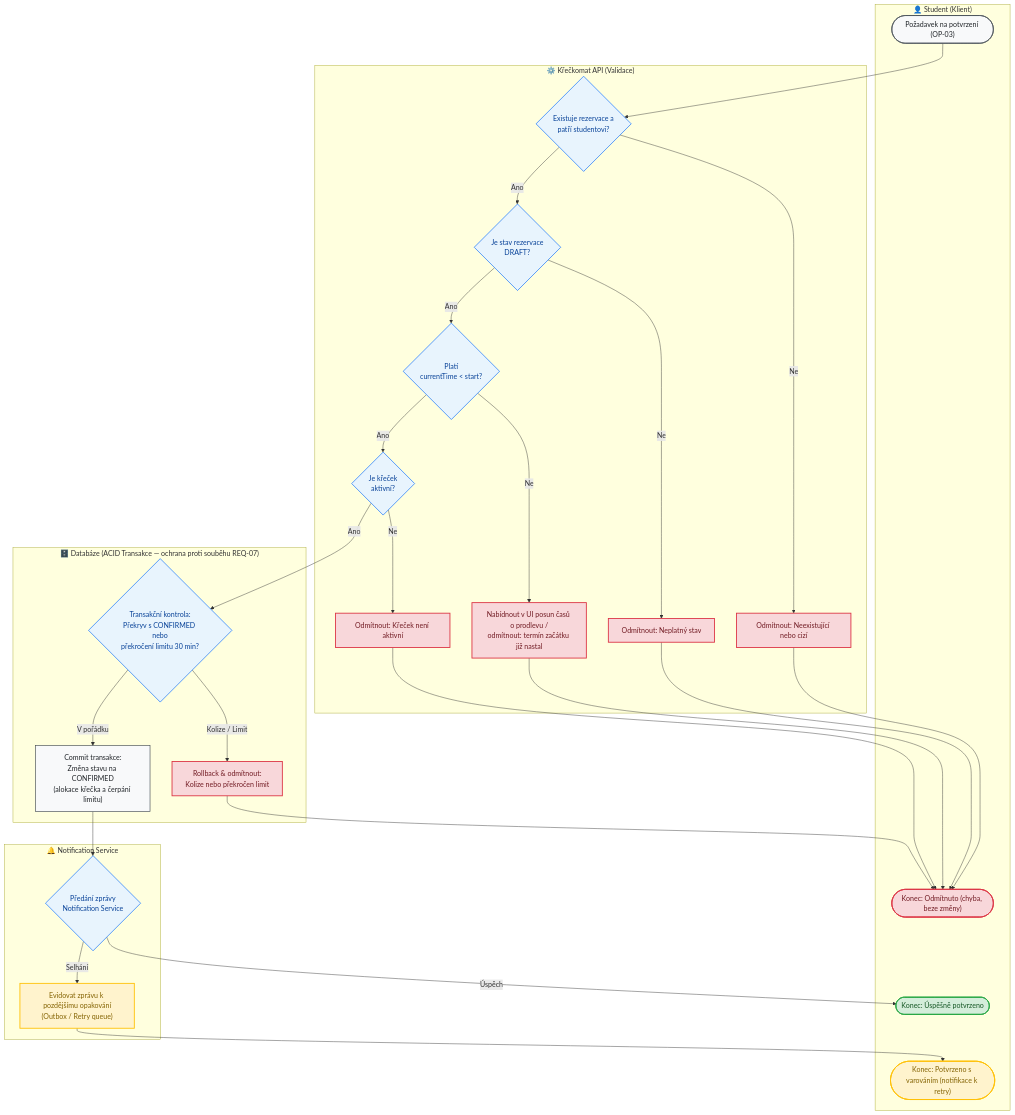
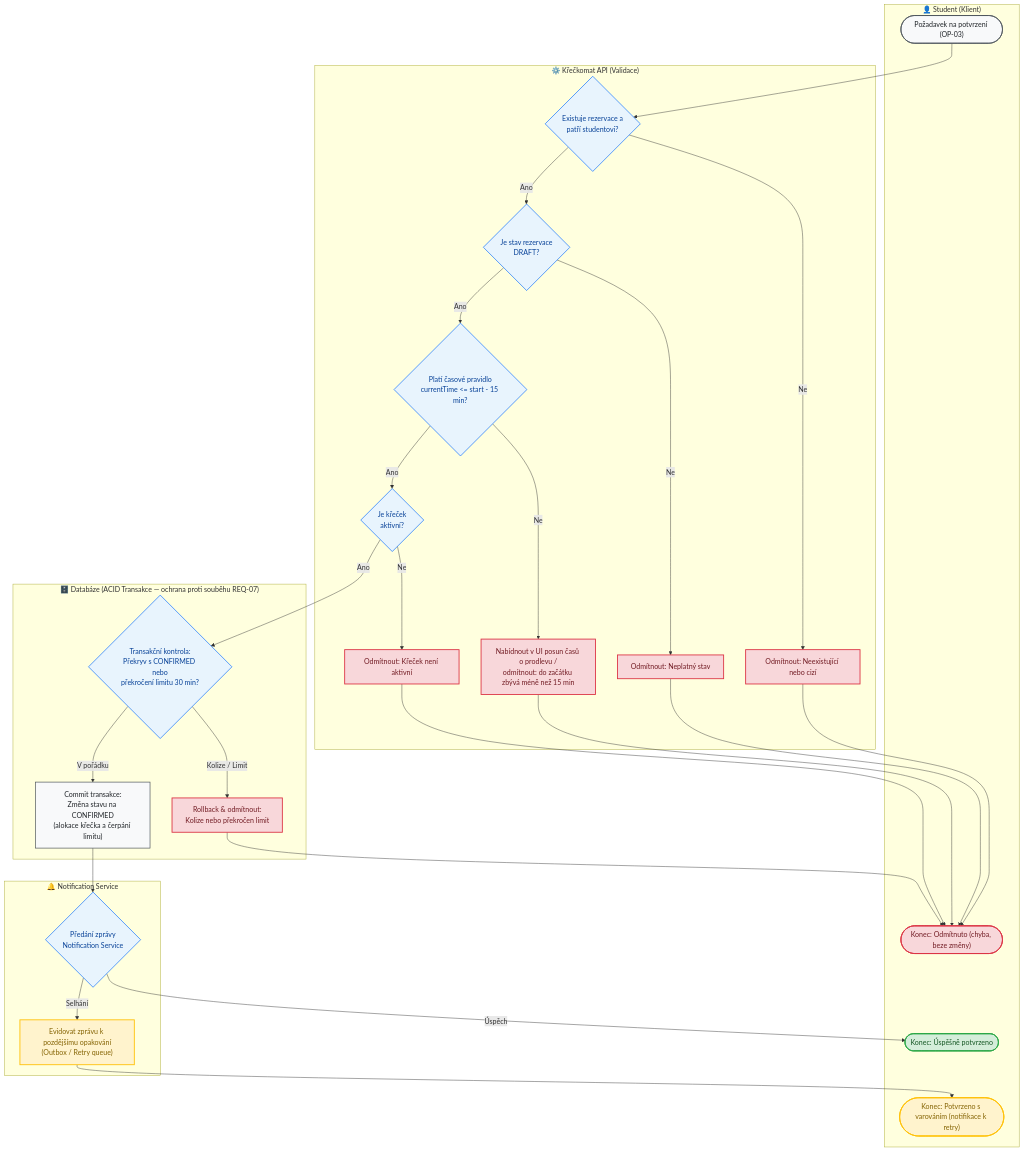
The third of 6 diagrams in DIAGRAMS.md (tomaskirnig/SWI_2027), drawn with Mermaid before and after one commit. The commit also changed other lines of this file and 14 other files, not shown here.

Commit message:
feat: Finished all diagrams + added fronted + changed DB to supabase

````diff
--- a/DIAGRAMS.md
+++ b/DIAGRAMS.md
@@ -118,57 +118,57 @@
 ```mermaid
 flowchart TD
     classDef success fill:#d4edda,stroke:#28a745,stroke-width:2px,color:#155724;
     classDef fail fill:#f8d7da,stroke:#dc3545,stroke-width:2px,color:#721c24;
     classDef warn fill:#fff3cd,stroke:#ffc107,stroke-width:2px,color:#856404;
     classDef decision fill:#e8f4fd,stroke:#0d6efd,stroke-width:1.5px,color:#084298;
     classDef step fill:#f8f9fa,stroke:#495057,stroke-width:1.5px,color:#212529;
 
     subgraph ClientLane["👤 Student (Klient)"]
         ReqConfirm(["Požadavek na potvrzení (OP-03)"]):::step
         RespSuccess(["Konec: Úspěšně potvrzeno"]):::success
         RespWarning(["Konec: Potvrzeno s varováním (notifikace k retry)"]):::warn
         RespFail(["Konec: Odmítnuto (chyba, beze změny)"]):::fail
     end
 
     subgraph ApiLane["⚙️ Křečkomat API (Validace)"]
         CheckAuth{"Existuje rezervace a<br/>patří studentovi?"}:::decision
         CheckState{"Je stav rezervace<br/>DRAFT?"}:::decision
-        CheckTime{"Platí<br/>currentTime < start?"}:::decision
-        PromptTime["Nabídnout v UI posun časů o prodlevu /<br/>odmítnout: termín začátku již nastal"]:::fail
+        CheckTime{"Platí časové pravidlo<br/>currentTime <= start - 15 min?"}:::decision
+        PromptTime["Nabídnout v UI posun časů o prodlevu /<br/>odmítnout: do začátku zbývá méně než 15 min"]:::fail
         CheckHamster{"Je křeček<br/>aktivní?"}:::decision
         RejectAuth["Odmítnout: Neexistující nebo cizí"]:::fail
         RejectState["Odmítnout: Neplatný stav"]:::fail
         RejectHamster["Odmítnout: Křeček není aktivní"]:::fail
     end
 
     subgraph DbLane["🗄️ Databáze (ACID Transakce — ochrana proti souběhu REQ-07)"]
         LockAndCheck{"Transakční kontrola:<br/>Překryv s CONFIRMED nebo<br/>překročení limitu 30 min?"}:::decision
         RejectConflict["Rollback & odmítnout:<br/>Kolize nebo překročen limit"]:::fail
         CommitConfirm["Commit transakce:<br/>Změna stavu na CONFIRMED<br/>(alokace křečka a čerpání limitu)"]:::step
     end
 
     subgraph NotifLane["🔔 Notification Service"]
         SendNotif{"Předání zprávy<br/>Notification Service"}:::decision
         EnqueueRetry["Evidovat zprávu k pozdějšímu opakování<br/>(Outbox / Retry queue)"]:::warn
     end
 
     ReqConfirm --> CheckAuth
     CheckAuth -- "Ne" --> RejectAuth --> RespFail
     CheckAuth -- "Ano" --> CheckState
     
     CheckState -- "Ne" --> RejectState --> RespFail
     CheckState -- "Ano" --> CheckTime
     
     CheckTime -- "Ne" --> PromptTime --> RespFail
     CheckTime -- "Ano" --> CheckHamster
     
     CheckHamster -- "Ne" --> RejectHamster --> RespFail
     CheckHamster -- "Ano" --> LockAndCheck
 
     LockAndCheck -- "Kolize / Limit" --> RejectConflict --> RespFail
     LockAndCheck -- "V pořádku" --> CommitConfirm
 
     CommitConfirm --> SendNotif
     SendNotif -- "Úspěch" --> RespSuccess
     SendNotif -- "Selhání" --> EnqueueRetry --> RespWarning
 ```
````
